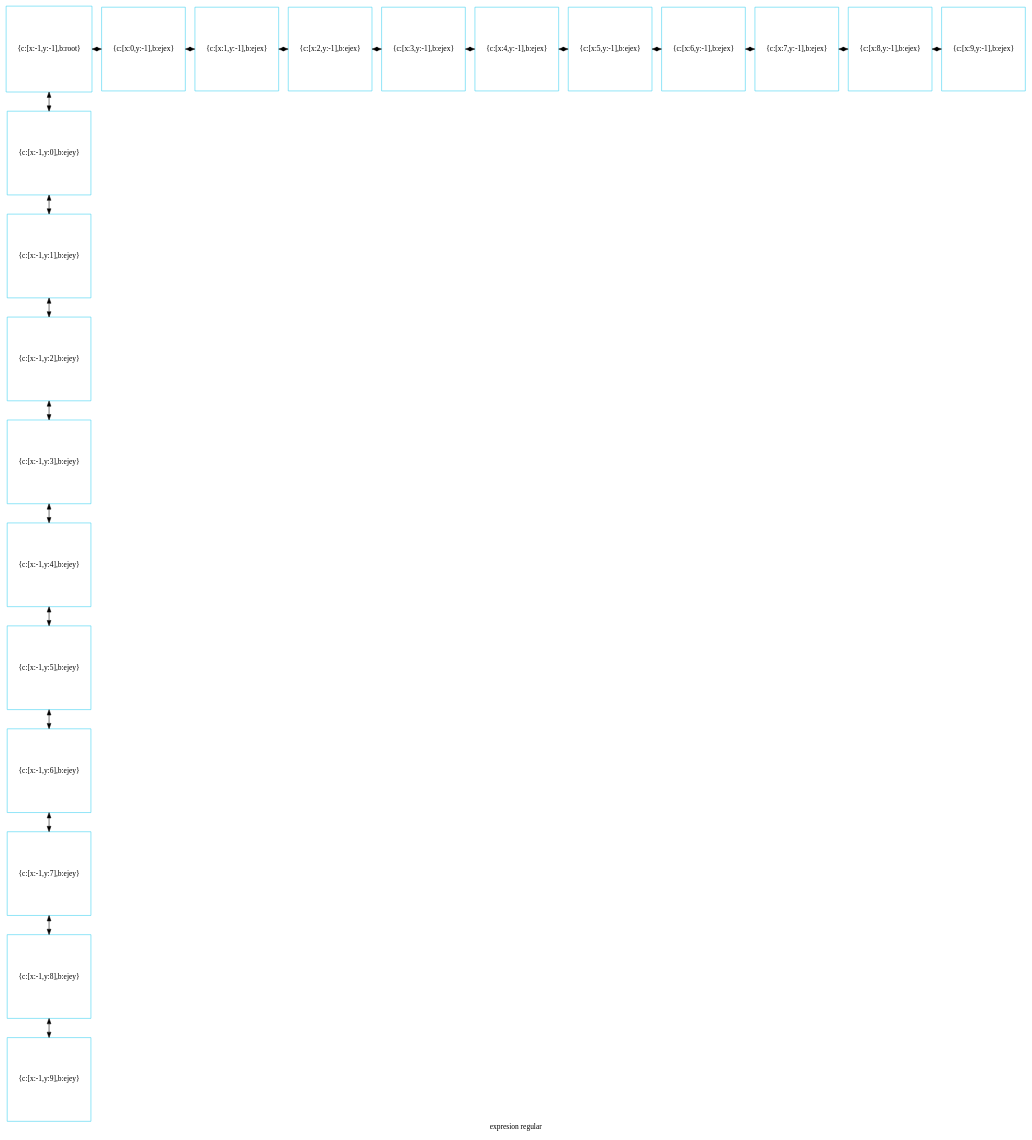
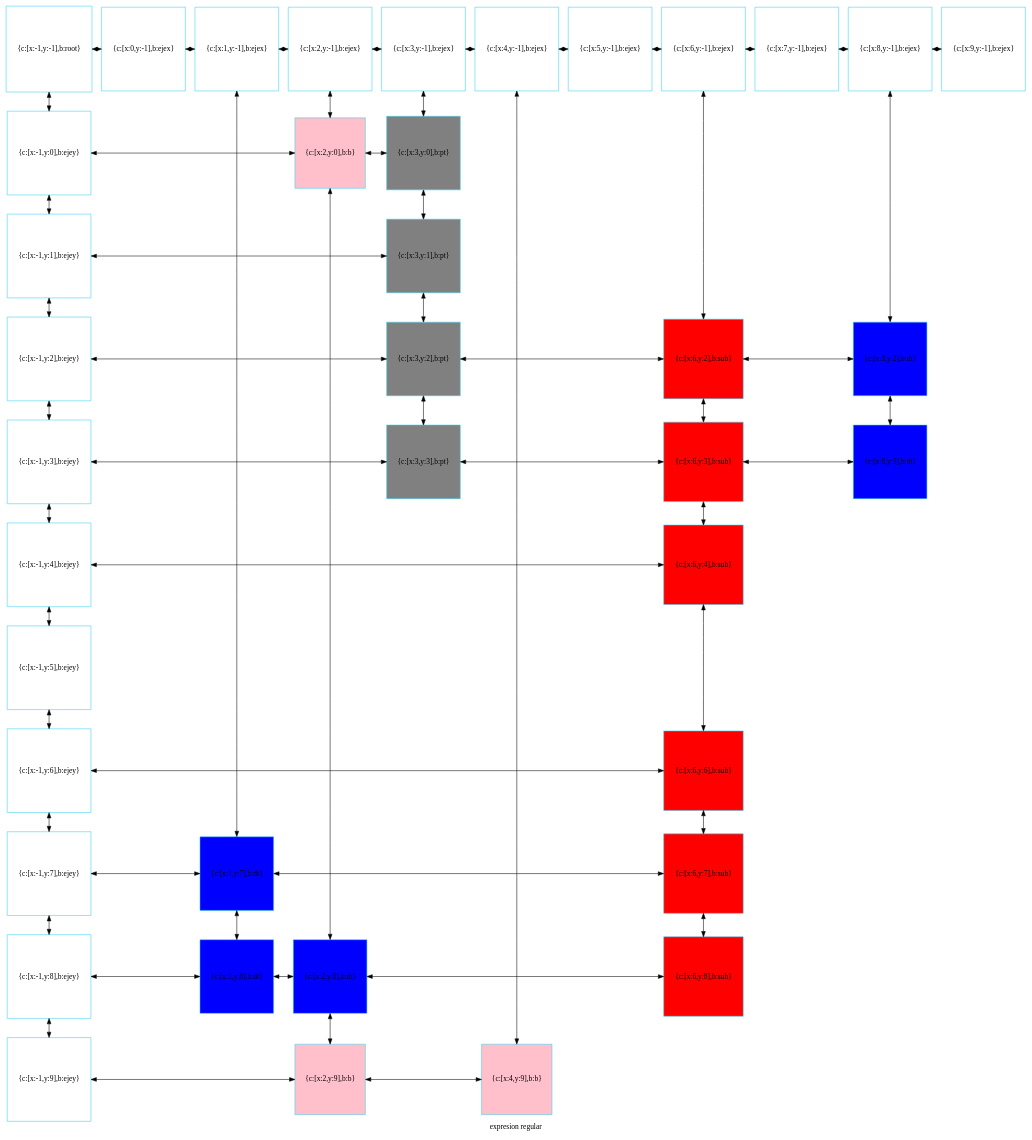
The diagram in mitablero.dot (betebetoven/EDDS2F2), drawn with Graphviz before and after one commit. The commit also changed 18 other files, not shown here.

```diff
--- a/mitablero.dot
+++ b/mitablero.dot
@@ -1,61 +1,115 @@
 digraph G
 {label="expresion regular"
         node[shape = square]
         node[style = filled]
         node[fillcolor = "#EEEEE"]
         node[color = "#EEEEE"]
         node[color = "#31CEF0"]
 
-2390411920192[label="{c:[x:-1,y:-1],b:root}",fillcolor = "white"]
-2390411983456[label="{c:[x:0,y:-1],b:ejex}",fillcolor = "white"]
-2390411983600[label="{c:[x:1,y:-1],b:ejex}",fillcolor = "white"]
-2390411983744[label="{c:[x:2,y:-1],b:ejex}",fillcolor = "white"]
-2390411983888[label="{c:[x:3,y:-1],b:ejex}",fillcolor = "white"]
-2390411984032[label="{c:[x:4,y:-1],b:ejex}",fillcolor = "white"]
-2390411984176[label="{c:[x:5,y:-1],b:ejex}",fillcolor = "white"]
-2390411984320[label="{c:[x:6,y:-1],b:ejex}",fillcolor = "white"]
-2390411984464[label="{c:[x:7,y:-1],b:ejex}",fillcolor = "white"]
-2390411984608[label="{c:[x:8,y:-1],b:ejex}",fillcolor = "white"]
-2390411984752[label="{c:[x:9,y:-1],b:ejex}",fillcolor = "white"]
-2390412509248[label="{c:[x:-1,y:0],b:ejey}",fillcolor = "white"]
-2390412509392[label="{c:[x:-1,y:1],b:ejey}",fillcolor = "white"]
-2390412509536[label="{c:[x:-1,y:2],b:ejey}",fillcolor = "white"]
-2390412509680[label="{c:[x:-1,y:3],b:ejey}",fillcolor = "white"]
-2390412509824[label="{c:[x:-1,y:4],b:ejey}",fillcolor = "white"]
-2390412509968[label="{c:[x:-1,y:5],b:ejey}",fillcolor = "white"]
-2390412510112[label="{c:[x:-1,y:6],b:ejey}",fillcolor = "white"]
-2390412510256[label="{c:[x:-1,y:7],b:ejey}",fillcolor = "white"]
-2390412510400[label="{c:[x:-1,y:8],b:ejey}",fillcolor = "white"]
-2390412510544[label="{c:[x:-1,y:9],b:ejey}",fillcolor = "white"]
-2390411920192->2390412509248[dir = both];
-2390412509248->2390412509392[dir = both];
-2390412509392->2390412509536[dir = both];
-2390412509536->2390412509680[dir = both];
-2390412509680->2390412509824[dir = both];
-2390412509824->2390412509968[dir = both];
-2390412509968->2390412510112[dir = both];
-2390412510112->2390412510256[dir = both];
-2390412510256->2390412510400[dir = both];
-2390412510400->2390412510544[dir = both];
-2390411920192->2390411983456[dir = both];
-2390411983456->2390411983600[dir = both];
-2390411983600->2390411983744[dir = both];
-2390411983744->2390411983888[dir = both];
-2390411983888->2390411984032[dir = both];
-2390411984032->2390411984176[dir = both];
-2390411984176->2390411984320[dir = both];
-2390411984320->2390411984464[dir = both];
-2390411984464->2390411984608[dir = both];
-2390411984608->2390411984752[dir = both];
- {rank=same; 2390411920192;2390411983456;2390411983600;2390411983744;2390411983888;2390411984032;2390411984176;2390411984320;2390411984464;2390411984608;2390411984752;}
- {rank=same; 2390412509248;}
- {rank=same; 2390412509392;}
- {rank=same; 2390412509536;}
- {rank=same; 2390412509680;}
- {rank=same; 2390412509824;}
- {rank=same; 2390412509968;}
- {rank=same; 2390412510112;}
- {rank=same; 2390412510256;}
- {rank=same; 2390412510400;}
- {rank=same; 2390412510544;}
+2289062569984[label="{c:[x:-1,y:-1],b:root}",fillcolor = "white"]
+2289063195264[label="{c:[x:0,y:-1],b:ejex}",fillcolor = "white"]
+2289063195408[label="{c:[x:1,y:-1],b:ejex}",fillcolor = "white"]
+2289063195552[label="{c:[x:2,y:-1],b:ejex}",fillcolor = "white"]
+2289063195696[label="{c:[x:3,y:-1],b:ejex}",fillcolor = "white"]
+2289063195840[label="{c:[x:4,y:-1],b:ejex}",fillcolor = "white"]
+2289063195984[label="{c:[x:5,y:-1],b:ejex}",fillcolor = "white"]
+2289063196128[label="{c:[x:6,y:-1],b:ejex}",fillcolor = "white"]
+2289063196272[label="{c:[x:7,y:-1],b:ejex}",fillcolor = "white"]
+2289063196416[label="{c:[x:8,y:-1],b:ejex}",fillcolor = "white"]
+2289063196560[label="{c:[x:9,y:-1],b:ejex}",fillcolor = "white"]
+2289063196704[label="{c:[x:-1,y:0],b:ejey}",fillcolor = "white"]
+2289124689904[label="{c:[x:2,y:0],b:b}",fillcolor = "pink"]
+2289062573152[label="{c:[x:3,y:0],b:pt}",fillcolor = "gray"]
+2289063196848[label="{c:[x:-1,y:1],b:ejey}",fillcolor = "white"]
+2289062574256[label="{c:[x:3,y:1],b:pt}",fillcolor = "gray"]
+2289063196992[label="{c:[x:-1,y:2],b:ejey}",fillcolor = "white"]
+2289062575552[label="{c:[x:3,y:2],b:pt}",fillcolor = "gray"]
+2289062626064[label="{c:[x:6,y:2],b:sub}",fillcolor = "red"]
+2289062627408[label="{c:[x:8,y:2],b:dt}",fillcolor = "blue"]
+2289063197136[label="{c:[x:-1,y:3],b:ejey}",fillcolor = "white"]
+2289062573824[label="{c:[x:3,y:3],b:pt}",fillcolor = "gray"]
+2289062629136[label="{c:[x:6,y:3],b:sub}",fillcolor = "red"]
+2289062628704[label="{c:[x:8,y:3],b:dt}",fillcolor = "blue"]
+2289063197280[label="{c:[x:-1,y:4],b:ejey}",fillcolor = "white"]
+2289062628176[label="{c:[x:6,y:4],b:sub}",fillcolor = "red"]
+2289063197424[label="{c:[x:-1,y:5],b:ejey}",fillcolor = "white"]
+2289063197568[label="{c:[x:-1,y:6],b:ejey}",fillcolor = "white"]
+2289062575120[label="{c:[x:6,y:6],b:sub}",fillcolor = "red"]
+2289063197712[label="{c:[x:-1,y:7],b:ejey}",fillcolor = "white"]
+2289124688272[label="{c:[x:1,y:7],b:dt}",fillcolor = "blue"]
+2289062625488[label="{c:[x:6,y:7],b:sub}",fillcolor = "red"]
+2289063197856[label="{c:[x:-1,y:8],b:ejey}",fillcolor = "white"]
+2289124688608[label="{c:[x:1,y:8],b:dt}",fillcolor = "blue"]
+2289063198672[label="{c:[x:2,y:8],b:dt}",fillcolor = "blue"]
+2289062626784[label="{c:[x:6,y:8],b:sub}",fillcolor = "red"]
+2289063198000[label="{c:[x:-1,y:9],b:ejey}",fillcolor = "white"]
+2289124688992[label="{c:[x:2,y:9],b:b}",fillcolor = "pink"]
+2289124688224[label="{c:[x:4,y:9],b:b}",fillcolor = "pink"]
+2289062569984->2289063196704[dir = both];
+2289063196704->2289063196848[dir = both];
+2289063196848->2289063196992[dir = both];
+2289063196992->2289063197136[dir = both];
+2289063197136->2289063197280[dir = both];
+2289063197280->2289063197424[dir = both];
+2289063197424->2289063197568[dir = both];
+2289063197568->2289063197712[dir = both];
+2289063197712->2289063197856[dir = both];
+2289063197856->2289063198000[dir = both];
+2289063195408->2289124688272[dir = both];
+2289124688272->2289124688608[dir = both];
+2289063195552->2289124689904[dir = both];
+2289124689904->2289063198672[dir = both];
+2289063198672->2289124688992[dir = both];
+2289063195696->2289062573152[dir = both];
+2289062573152->2289062574256[dir = both];
+2289062574256->2289062575552[dir = both];
+2289062575552->2289062573824[dir = both];
+2289063195840->2289124688224[dir = both];
+2289063196128->2289062626064[dir = both];
+2289062626064->2289062629136[dir = both];
+2289062629136->2289062628176[dir = both];
+2289062628176->2289062575120[dir = both];
+2289062575120->2289062625488[dir = both];
+2289062625488->2289062626784[dir = both];
+2289063196416->2289062627408[dir = both];
+2289062627408->2289062628704[dir = both];
+2289062569984->2289063195264[dir = both];
+2289063195264->2289063195408[dir = both];
+2289063195408->2289063195552[dir = both];
+2289063195552->2289063195696[dir = both];
+2289063195696->2289063195840[dir = both];
+2289063195840->2289063195984[dir = both];
+2289063195984->2289063196128[dir = both];
+2289063196128->2289063196272[dir = both];
+2289063196272->2289063196416[dir = both];
+2289063196416->2289063196560[dir = both];
+2289063196704->2289124689904[constraint=false,dir = both];
+2289124689904->2289062573152[constraint=false,dir = both];
+2289063196848->2289062574256[constraint=false,dir = both];
+2289063196992->2289062575552[constraint=false,dir = both];
+2289062575552->2289062626064[constraint=false,dir = both];
+2289062626064->2289062627408[constraint=false,dir = both];
+2289063197136->2289062573824[constraint=false,dir = both];
+2289062573824->2289062629136[constraint=false,dir = both];
+2289062629136->2289062628704[constraint=false,dir = both];
+2289063197280->2289062628176[constraint=false,dir = both];
+2289063197568->2289062575120[constraint=false,dir = both];
+2289063197712->2289124688272[constraint=false,dir = both];
+2289124688272->2289062625488[constraint=false,dir = both];
+2289063197856->2289124688608[constraint=false,dir = both];
+2289124688608->2289063198672[constraint=false,dir = both];
+2289063198672->2289062626784[constraint=false,dir = both];
+2289063198000->2289124688992[constraint=false,dir = both];
+2289124688992->2289124688224[constraint=false,dir = both];
+ {rank=same; 2289062569984;2289063195264;2289063195408;2289063195552;2289063195696;2289063195840;2289063195984;2289063196128;2289063196272;2289063196416;2289063196560;}
+ {rank=same; 2289063196704;2289124689904;2289062573152;}
+ {rank=same; 2289063196848;2289062574256;}
+ {rank=same; 2289063196992;2289062575552;2289062626064;2289062627408;}
+ {rank=same; 2289063197136;2289062573824;2289062629136;2289062628704;}
+ {rank=same; 2289063197280;2289062628176;}
+ {rank=same; 2289063197424;}
+ {rank=same; 2289063197568;2289062575120;}
+ {rank=same; 2289063197712;2289124688272;2289062625488;}
+ {rank=same; 2289063197856;2289124688608;2289063198672;2289062626784;}
+ {rank=same; 2289063198000;2289124688992;2289124688224;}
 }
```
